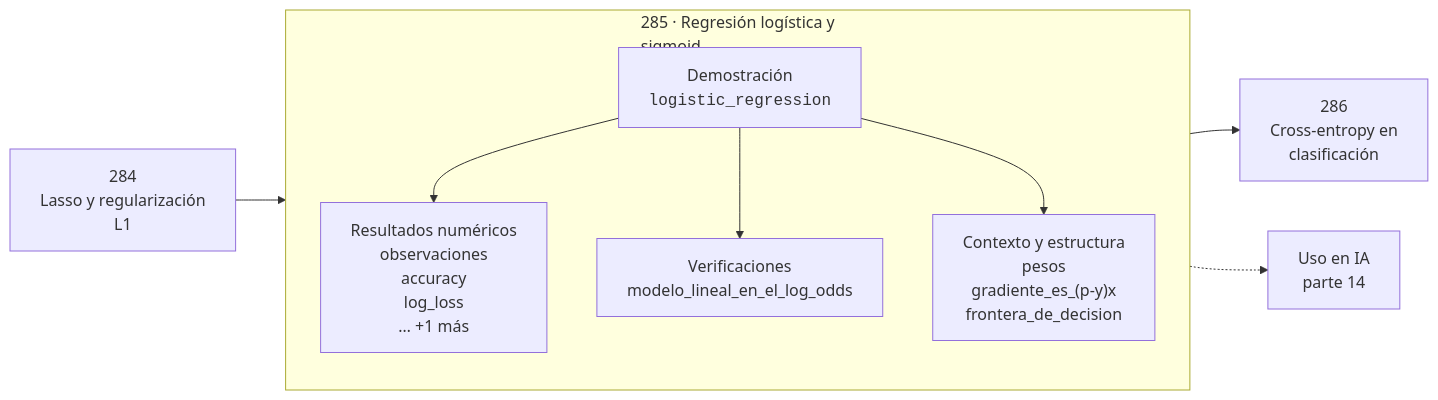
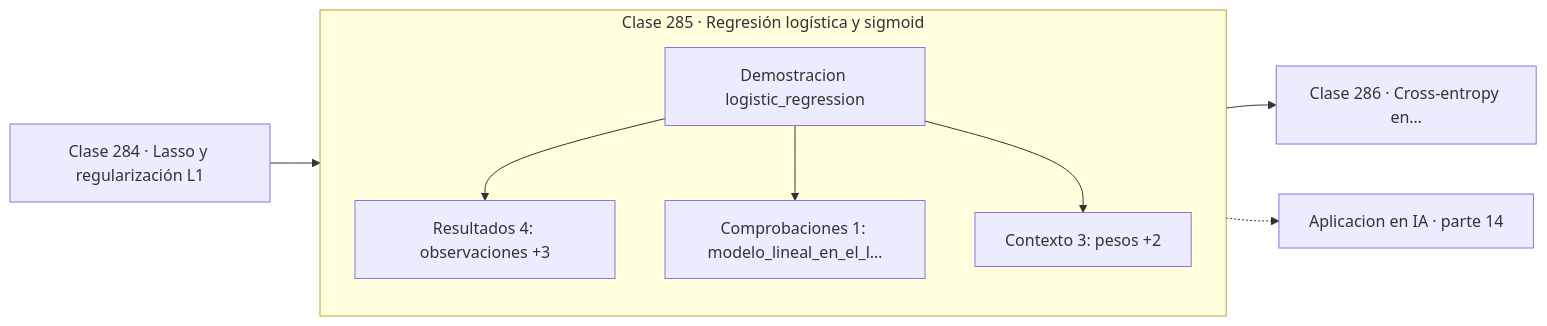
The diagram in classes/part-14-matematica-de-machine-learning/285-regresion-logistica-y-sigmoid/README.md (vladimiracunadev-create/computational-mathematics-program), drawn with Mermaid before and after one commit. The commit also changed 389 other files, not shown here.

First line of the commit message:
fix(diagramas): elimina el HTML de las etiquetas Mermaid

````diff
--- a/classes/part-14-matematica-de-machine-learning/285-regresion-logistica-y-sigmoid/README.md
+++ b/classes/part-14-matematica-de-machine-learning/285-regresion-logistica-y-sigmoid/README.md
@@ -30,12 +30,13 @@
 ```mermaid
 flowchart LR
-    P["284<br/>Lasso y regularización<br/>L1"] --> C
-    subgraph C["285 · Regresión logística y<br/>sigmoid"]
+    P["Clase 284 · Lasso y regularización L1"] --> D
+    subgraph CLASE["Clase 285 · Regresión logística y sigmoid"]
         direction TB
-        D["Demostración<br/><code>logistic_regression</code>"] --> R["Resultados numéricos<br/>observaciones<br/>accuracy<br/>log_loss<br/>… +1 más"]
-        D --> V["Verificaciones<br/>modelo_lineal_en_el_log_odds"]
-        D --> O["Contexto y estructura<br/>pesos<br/>gradiente_es_(p-y)x<br/>frontera_de_decision"]
+        D["Demostracion logistic_regression"]
+        D --> R["Resultados 4: observaciones +3"]
+        D --> V["Comprobaciones 1: modelo_lineal_en_el_l…"]
+        D --> O["Contexto 3: pesos +2"]
     end
-    C --> N["286<br/>Cross-entropy en<br/>clasificación"]
-    C -.-> IA["Uso en IA<br/>parte 14"]
+    R --> N["Clase 286 · Cross-entropy en…"]
+    V -.-> IA["Aplicacion en IA · parte 14"]
 ```
````
